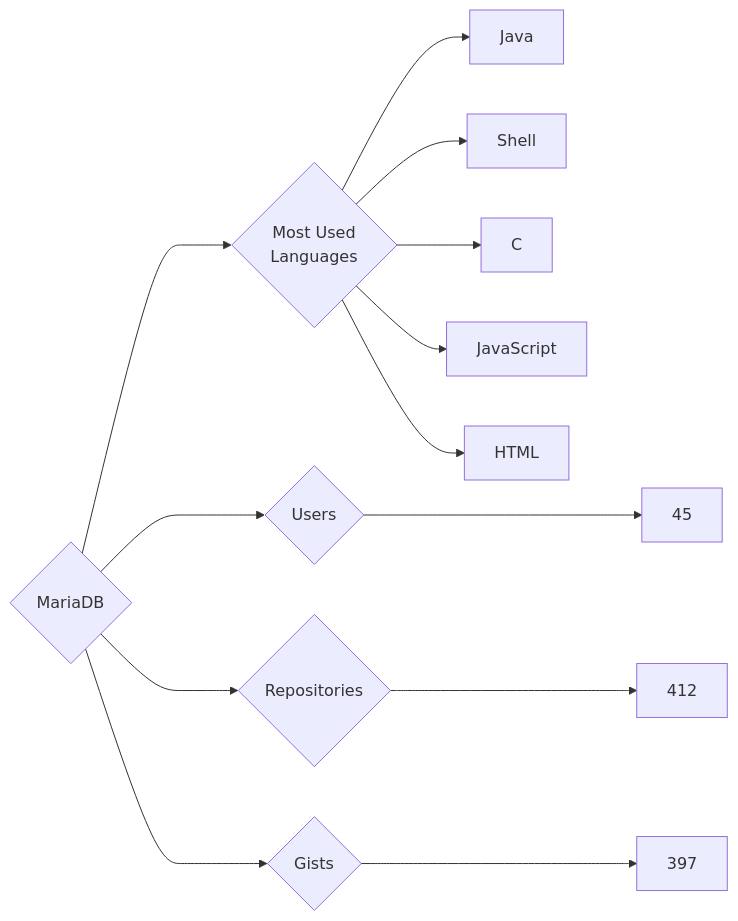
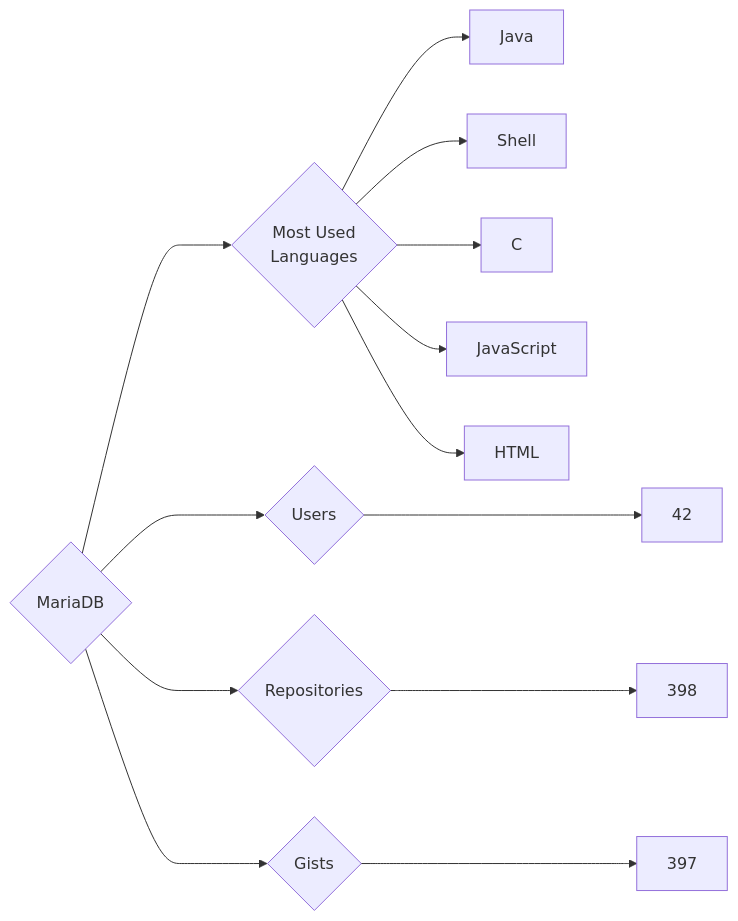
Before and after one commit to trickest/insiders: the diagram in targets/MariaDB/README.md, drawn with Mermaid. The commit also changed 799 other files, not shown here.

````diff
--- a/targets/MariaDB/README.md
+++ b/targets/MariaDB/README.md
@@ -3,13 +3,13 @@
 ```mermaid
 graph LR
 COMPANY_NAME{MariaDB}
-COMPANY_NAME ---> U{Users} ---> UN[45]
-COMPANY_NAME ---> R{Repositories} ---> RN[412]
+COMPANY_NAME ---> U{Users} ---> UN[42]
+COMPANY_NAME ---> R{Repositories} ---> RN[398]
 COMPANY_NAME ---> G{Gists} ---> GN[397]
 COMPANY_NAME ---> ML{Most Used<br>Languages}
 ML --> Java[Java]
 ML --> Shell[Shell]
 ML --> C[C]
 ML --> JavaScript[JavaScript]
 ML --> HTML[HTML]
 ```
````
